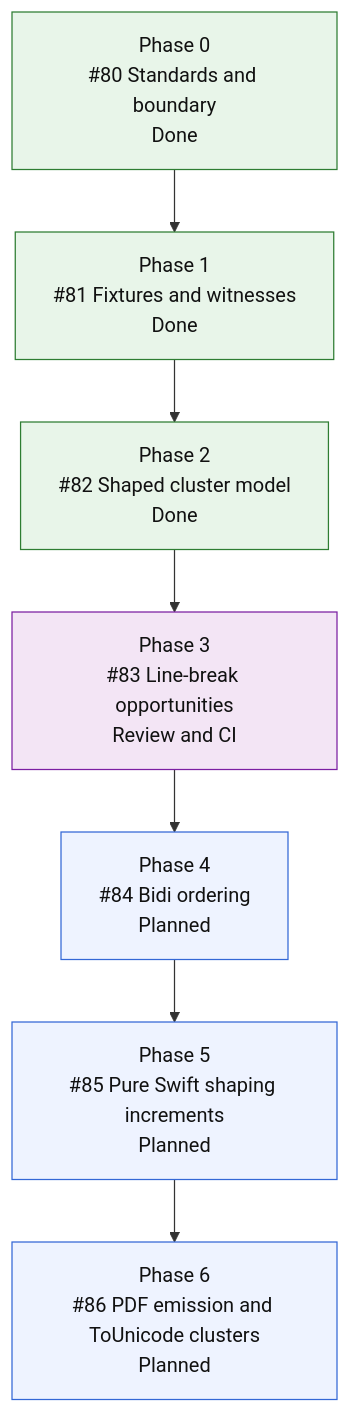
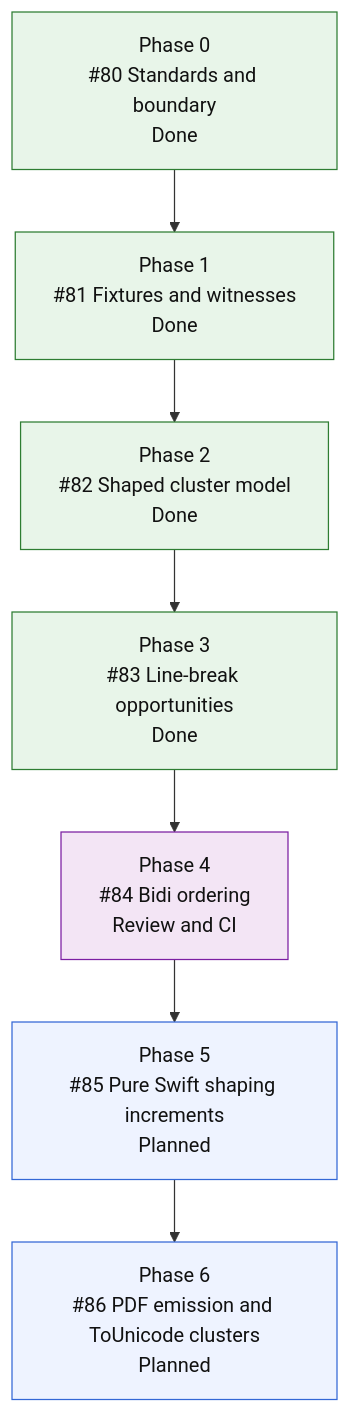
Before and after one commit to mihaelamj/MarkdownPDF: the fourth of 4 diagrams in README.md, drawn with Mermaid. The commit also changed 3 other files, not shown here.

First line of the commit message:
feat(text): add bidi paragraph ordering model

````diff
--- a/README.md
+++ b/README.md
@@ -300,21 +300,21 @@
 ```mermaid
 flowchart TD
     S0["Phase 0<br/>#80 Standards and boundary<br/>Done"]
     S1["Phase 1<br/>#81 Fixtures and witnesses<br/>Done"]
     S2["Phase 2<br/>#82 Shaped cluster model<br/>Done"]
-    S3["Phase 3<br/>#83 Line-break opportunities<br/>Review and CI"]
-    S4["Phase 4<br/>#84 Bidi ordering<br/>Planned"]
+    S3["Phase 3<br/>#83 Line-break opportunities<br/>Done"]
+    S4["Phase 4<br/>#84 Bidi ordering<br/>Review and CI"]
     S5["Phase 5<br/>#85 Pure Swift shaping increments<br/>Planned"]
     S6["Phase 6<br/>#86 PDF emission and ToUnicode clusters<br/>Planned"]
 
     S0 --> S1 --> S2 --> S3 --> S4 --> S5 --> S6
 
     classDef done fill:#e8f5e9,stroke:#2e7d32,color:#111;
     classDef active fill:#e3f2fd,stroke:#1565c0,color:#111;
     classDef review fill:#f3e5f5,stroke:#7b1fa2,color:#111;
     classDef next fill:#fff8e1,stroke:#f9a825,color:#111;
     classDef todo fill:#eef3ff,stroke:#3367d6,color:#111;
-    class S0,S1,S2 done;
-    class S3 review;
-    class S4,S5,S6 todo;
+    class S0,S1,S2,S3 done;
+    class S4 review;
+    class S5,S6 todo;
 ```
````
